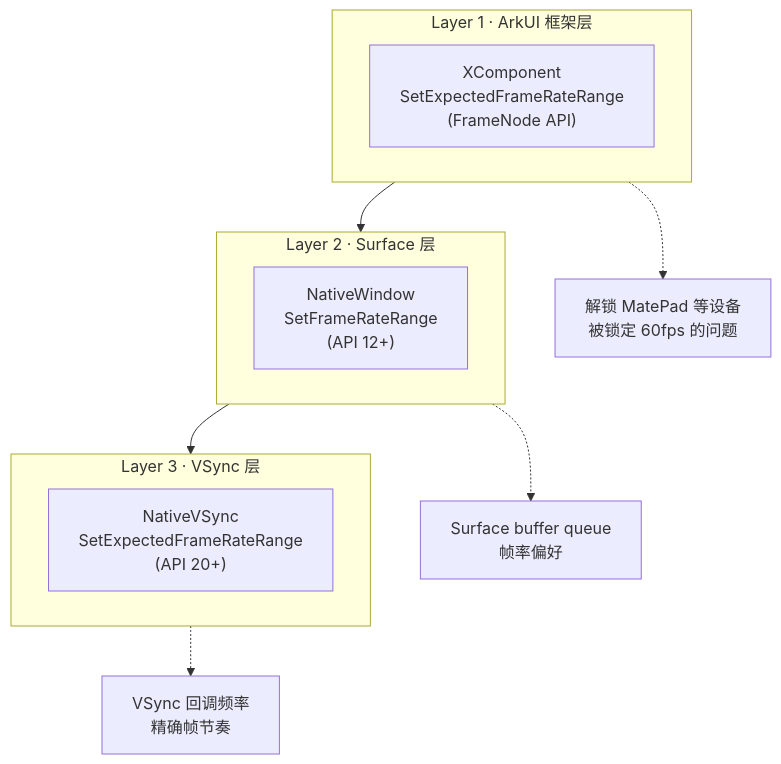
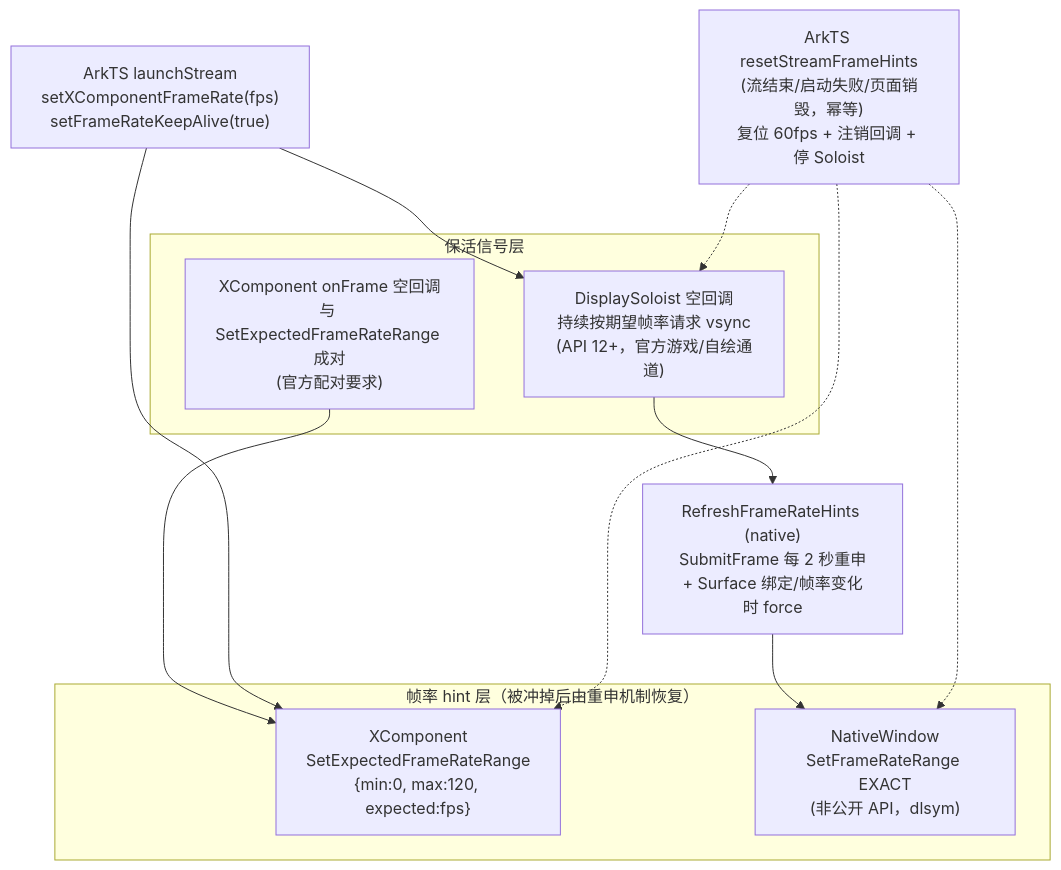
Before and after one commit to AlkaidLab/moonlight-harmony: the fifth of 7 diagrams in docs/VIDEO_DECODE_RENDER_ARCHITECTURE.md, drawn with Mermaid. The commit also changed other lines of this file and 8 other files, not shown here.

````diff
--- a/docs/VIDEO_DECODE_RENDER_ARCHITECTURE.md
+++ b/docs/VIDEO_DECODE_RENDER_ARCHITECTURE.md
@@ -146,25 +149,27 @@
 ```mermaid
 graph TB
-    subgraph L1 ["Layer 1 · ArkUI 框架层"]
-        XCRate["XComponent<br/>SetExpectedFrameRateRange<br/>(FrameNode API)"]
+    subgraph KA ["保活信号层"]
+        DS["DisplaySoloist 空回调<br/>持续按期望帧率请求 vsync<br/>(API 12+，官方游戏/自绘通道)"]
+        ONFRAME["XComponent onFrame 空回调<br/>与 SetExpectedFrameRateRange 成对<br/>(官方配对要求)"]
     end
 
-    subgraph L2 ["Layer 2 · Surface 层"]
-        NWRate["NativeWindow<br/>SetFrameRateRange<br/>(API 12+)"]
+    subgraph HINTS ["帧率 hint 层（被冲掉后由重申机制恢复）"]
+        XCRate["XComponent<br/>SetExpectedFrameRateRange<br/>{min:0, max:120, expected:fps}"]
+        NWRate["NativeWindow<br/>SetFrameRateRange EXACT<br/>(非公开 API，dlsym)"]
     end
 
-    subgraph L3 ["Layer 3 · VSync 层"]
-        VSRate["NativeVSync<br/>SetExpectedFrameRateRange<br/>(API 20+)"]
-    end
+    REFRESH["RefreshFrameRateHints (native)<br/>SubmitFrame 每 2 秒重申<br/>+ Surface 绑定/帧率变化时 force"]
+    DS --> REFRESH
+    REFRESH --> NWRate
 
-    L1 --> L2 --> L3
+    ONFRAME --> XCRate
 
-    Note1["解锁 MatePad 等设备<br/>被锁定 60fps 的问题"]
-    L1 -.-> Note1
+    ARKTS["ArkTS launchStream<br/>setXComponentFrameRate(fps)<br/>setFrameRateKeepAlive(true)"]
+    ARKTS --> XCRate
+    ARKTS --> DS
 
-    Note2["Surface buffer queue<br/>帧率偏好"]
-    L2 -.-> Note2
-
-    Note3["VSync 回调频率<br/>精确帧节奏"]
-    L3 -.-> Note3
+    RESET["ArkTS resetStreamFrameHints<br/>(流结束/启动失败/页面销毁，幂等)<br/>复位 60fps + 注销回调 + 停 Soloist"]
+    RESET -.-> XCRate
+    RESET -.-> DS
+    RESET -.-> NWRate
 ```
````
